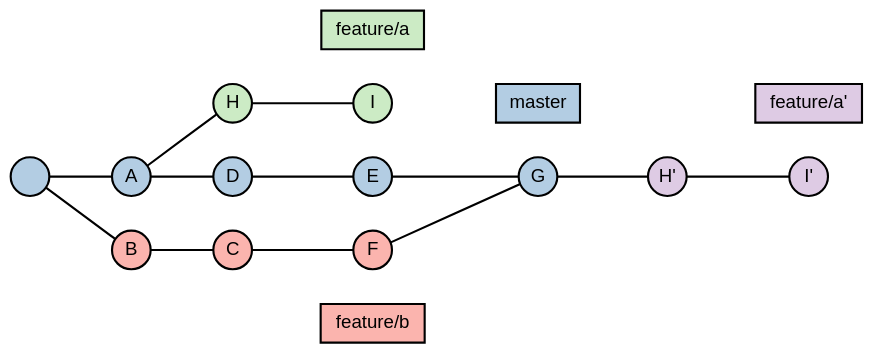
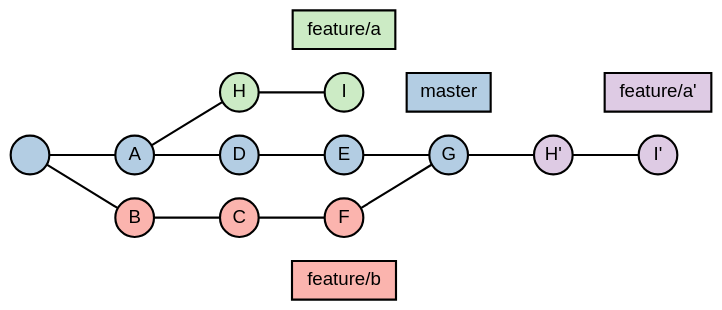
The second of 3 diagrams in examples/Render Code.md (resamsel/impress.me), drawn with Graphviz before and after one commit. The commit also changed other lines of this file and 3 other files, not shown here.

````diff
--- a/examples/Render Code.md
+++ b/examples/Render Code.md
@@ -64,56 +50,52 @@
 ```dot,render
 digraph G {
-    size = "16,9";
-    ratio = expand;
     rankdir = "LR";
+    ranksep = "0 equally";
     bgcolor = "transparent";
 
     node [
         width = 0.4
         height = 0.4
         fixedsize = shape
         shape = circle
-        color = black
-        fontcolor = black
         penwidth = 1.6
         style = filled
         fontname = "PT Sans,sans-serif"
         colorscheme = "pastel19"
         shape = circle
         fixedsize = shape
     ];
 
     edge [
-        weight = 2,
-        color = black,
-        arrowhead = none,
-        penwidth = 1.6,
+        weight = 2
+        arrowhead = none
+        penwidth = 1.6
         splines = curved
     ];
 
-    node [group = master, fillcolor = 2];
+    node [group = master fillcolor = 2];
     " " -> A -> D -> E -> G;
-    node [group = "feature-a", fillcolor = 3];
+    node [group = "feature-a" fillcolor = 3];
     A -> H -> I;
-    node [group = "feature-a'", fillcolor = 4];
+    node [group = "feature-a'" fillcolor = 4];
     G -> "H'" -> "I'";
-    node [group = "feature-b", fillcolor = 1];
+    node [group = "feature-b" fillcolor = 1];
     " " -> B -> C -> F -> G;
 
-    node [shape = box, fixedsize = false];
+    node [shape = box fixedsize = false];
     edge [penwidth = 0];
 
     node [fillcolor = 2];
     "master" -> G;
     {rank = same; G; "master";}
     node [fillcolor = 3];
     "feature/a" -> I;
     {rank = same; I; "feature/a";}
     node [fillcolor = 4];
     "feature/a'" -> "I'";
     {rank = same; "I'"; "feature/a'";}
     node [fillcolor = 1];
     F -> "feature/b";
     {rank = same; F; "feature/b";}
 }
 ```
````
